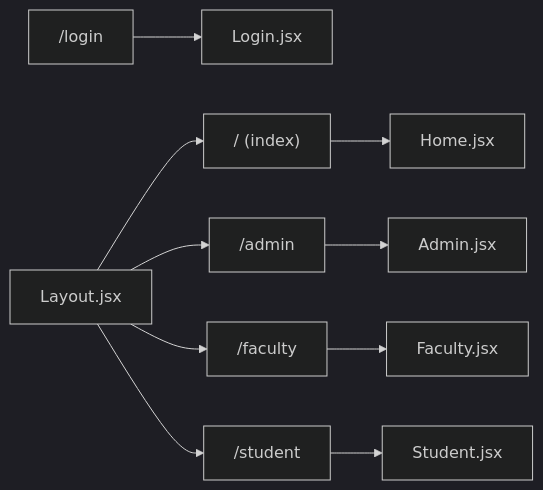
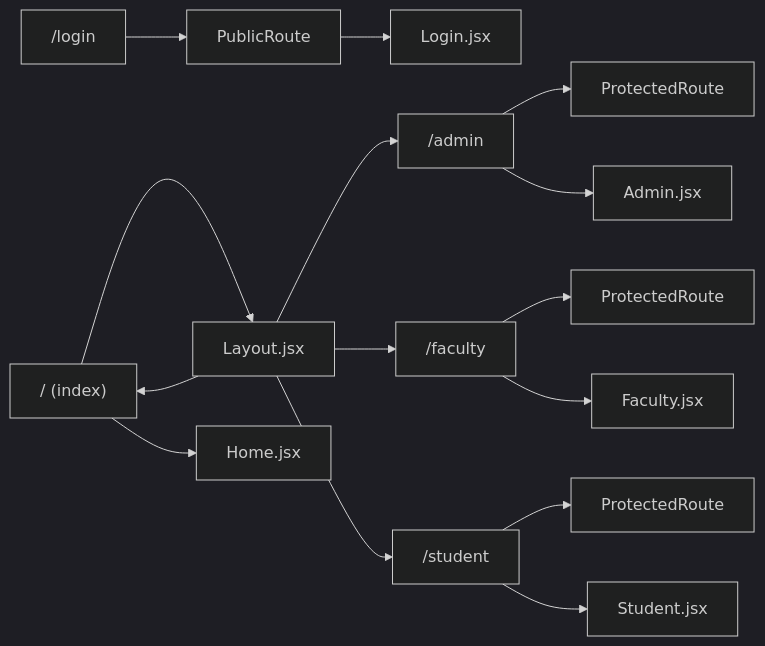
The ninth of 12 diagrams in .qoder/repowiki/en/content/Frontend Architecture/Routing System & Navigation.md (Aryan9060/Timetable-Project), drawn with Mermaid (dark theme) before and after one commit. The commit also changed other lines of this file and 7 other files, not shown here.

````diff
--- a/.qoder/repowiki/en/content/Frontend Architecture/Routing System & Navigation.md
+++ b/.qoder/repowiki/en/content/Frontend Architecture/Routing System & Navigation.md
@@ -266,12 +400,17 @@
 ```mermaid
 graph LR
-Login["/login"] --> LoginComp["Login.jsx"]
-HomeIdx["/ (index)"] --> HomeComp["Home.jsx"]
-AdminPath["/admin"] --> AdminComp["Admin.jsx"]
-FacultyPath["/faculty"] --> FacultyComp["Faculty.jsx"]
-StudentPath["/student"] --> StudentComp["Student.jsx"]
-LayoutWrap["Layout.jsx"] --> HomeIdx
-LayoutWrap --> AdminPath
-LayoutWrap --> FacultyPath
-LayoutWrap --> StudentPath
+LoginPath["/login"] --> PublicWrapper["PublicRoute"]
+PublicWrapper --> LoginComp["Login.jsx"]
+HomeIdx["/ (index)"] --> LayoutComp["Layout.jsx"]
+HomeIdx --> HomeComp["Home.jsx"]
+AdminPath["/admin"] --> ProtectedWrapper["ProtectedRoute"]
+AdminPath --> AdminComp["Admin.jsx"]
+FacultyPath["/faculty"] --> ProtectedWrapper2["ProtectedRoute"]
+FacultyPath --> FacultyComp["Faculty.jsx"]
+StudentPath["/student"] --> ProtectedWrapper3["ProtectedRoute"]
+StudentPath --> StudentComp["Student.jsx"]
+LayoutComp --> HomeIdx
+LayoutComp --> AdminPath
+LayoutComp --> FacultyPath
+LayoutComp --> StudentPath
 ```
````
